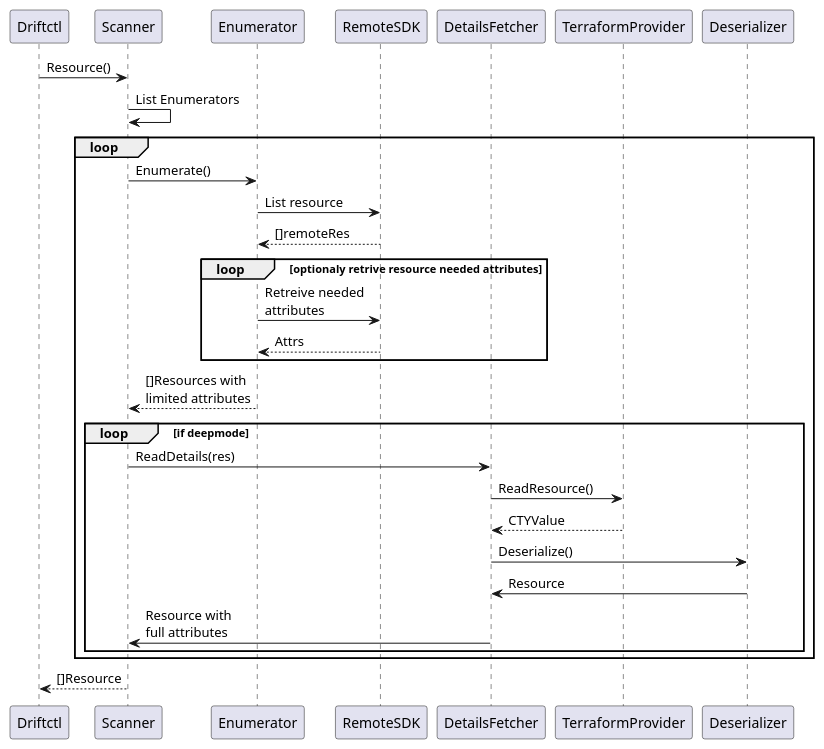
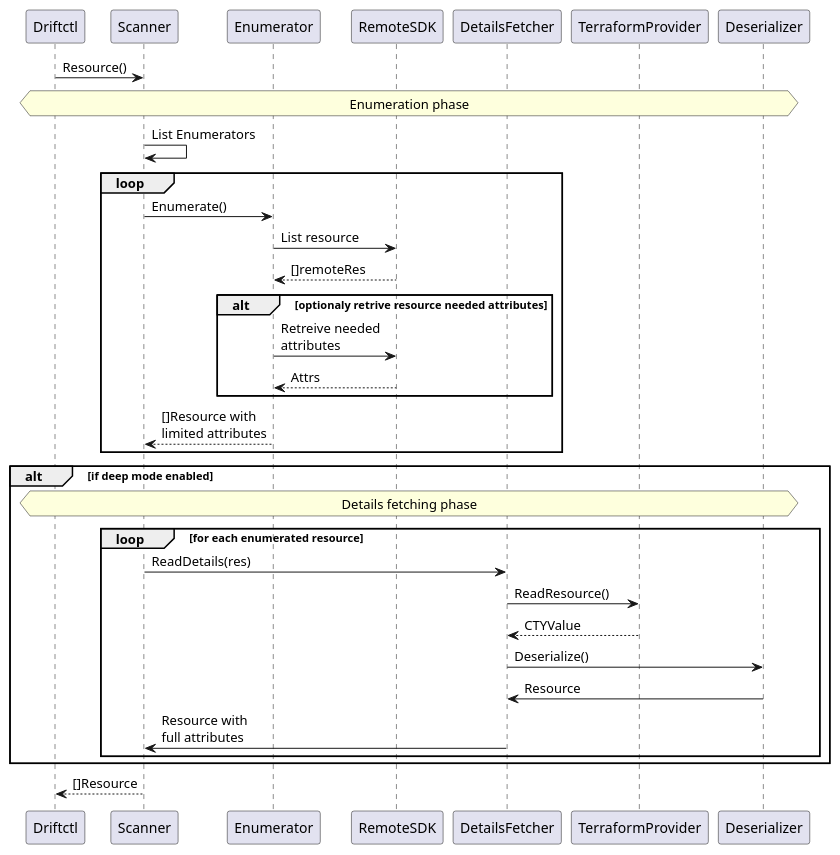
One commit to snyk/driftctl changed the diagram in docs/media/resource.puml. Above: the diagram before and after it, drawn with PlantUML. The commit also changed 5 other files, not shown here.

```diff
--- a/docs/media/resource.puml
+++ b/docs/media/resource.puml
@@ -1,23 +1,27 @@
 @startuml
 Driftctl -> Scanner: Resource()
+hnote across: Enumeration phase
 Scanner -> Scanner: List Enumerators
 loop
 Scanner -> Enumerator: Enumerate()
 Enumerator -> RemoteSDK: List resource
 RemoteSDK --> Enumerator: []remoteRes
-loop optionaly retrive resource needed attributes
+alt optionaly retrive resource needed attributes
 Enumerator -> RemoteSDK: Retreive needed\nattributes
 RemoteSDK --> Enumerator: Attrs
 end
-Enumerator --> Scanner: []Resources with\nlimited attributes
-loop if deepmode
+Enumerator --> Scanner: []Resource with\nlimited attributes
+end
+alt if deep mode enabled
+hnote across: Details fetching phase
+loop for each enumerated resource
 Scanner -> DetailsFetcher: ReadDetails(res)
 DetailsFetcher -> TerraformProvider: ReadResource()
 TerraformProvider --> DetailsFetcher: CTYValue
 DetailsFetcher -> Deserializer: Deserialize()
 Deserializer -> DetailsFetcher: Resource
 DetailsFetcher -> Scanner: Resource with\nfull attributes
 end
 end
 Scanner --> Driftctl: []Resource
 @enduml
```
